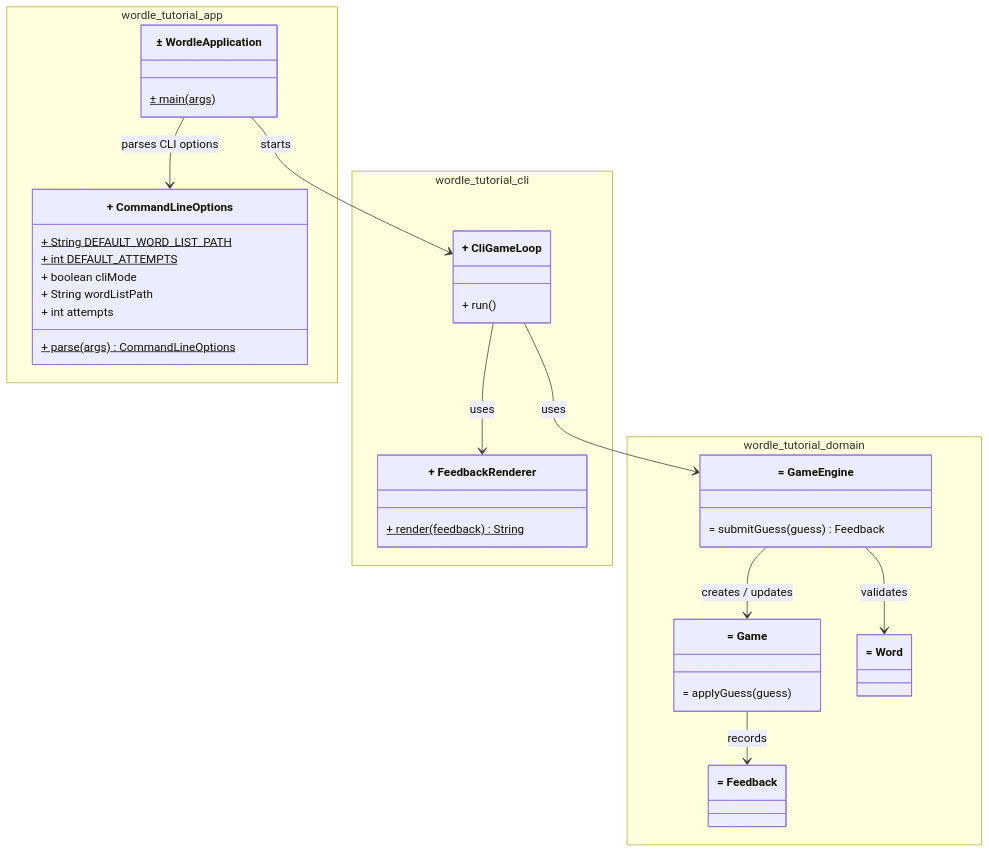
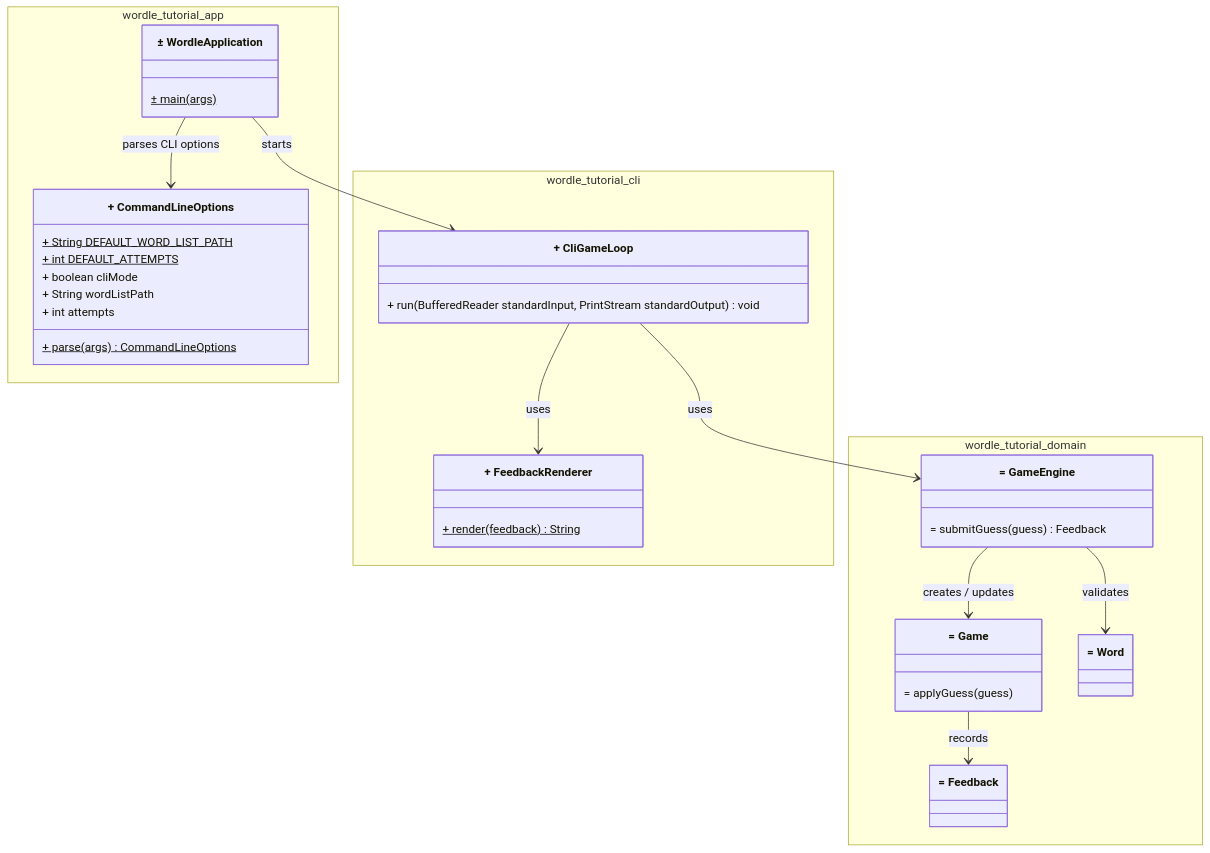
The sixth of 7 diagrams in skills/spec-loop-plan-task/examples/example-task-wordle-cli.md (dpolivaev/spec-loop), drawn with Mermaid before and after one commit. The commit also changed other lines of this file and 1 other file, not shown here.

Commit message:
Define 60-character signature wrapping for PlantUML class diagrams

````diff
--- a/skills/spec-loop-plan-task/examples/example-task-wordle-cli.md
+++ b/skills/spec-loop-plan-task/examples/example-task-wordle-cli.md
@@ -231,41 +232,41 @@
   ```mermaid
   classDiagram
       namespace wordle_tutorial_app {
           class WordleApplication["± WordleApplication"] {
               ± main(args)$
           }
           class CommandLineOptions["+ CommandLineOptions"] {
               + String DEFAULT_WORD_LIST_PATH$
               + int DEFAULT_ATTEMPTS$
               + boolean cliMode
               + String wordListPath
               + int attempts
               + parse(args) CommandLineOptions$
           }
       }
       namespace wordle_tutorial_cli {
           class CliGameLoop["+ CliGameLoop"] {
-              + run()
+              + run(BufferedReader standardInput, PrintStream standardOutput) void
           }
           class FeedbackRenderer["+ FeedbackRenderer"] {
               + render(feedback) String$
           }
       }
       namespace wordle_tutorial_domain {
           class Game["= Game"] {
               = applyGuess(guess)
           }
           class GameEngine["= GameEngine"] {
               = submitGuess(guess) Feedback
           }
           class Feedback["= Feedback"]
           class Word["= Word"]
       }
       WordleApplication --> CommandLineOptions : parses CLI options
       WordleApplication --> CliGameLoop : starts
       CliGameLoop --> GameEngine : uses
       CliGameLoop --> FeedbackRenderer : uses
       GameEngine --> Game : creates / updates
       GameEngine --> Word : validates
       Game --> Feedback : records
   ```
````
